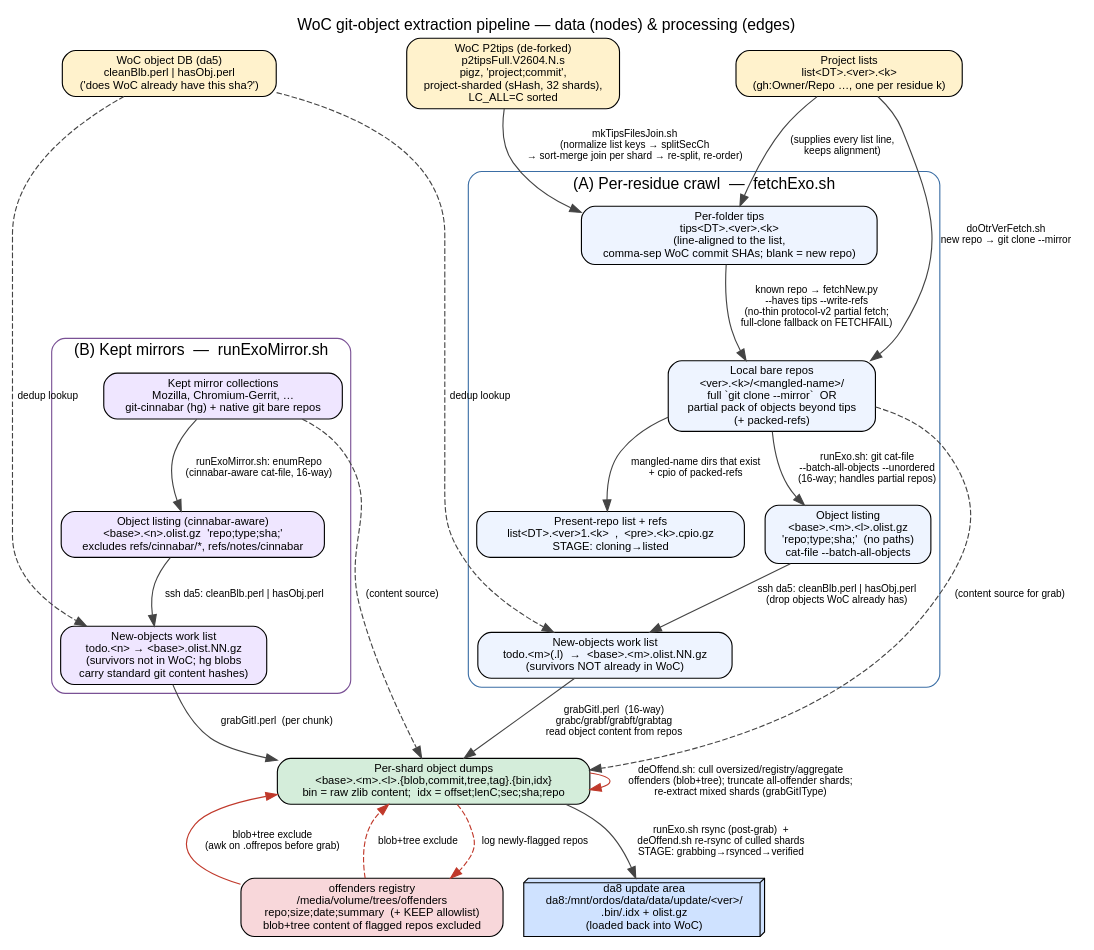
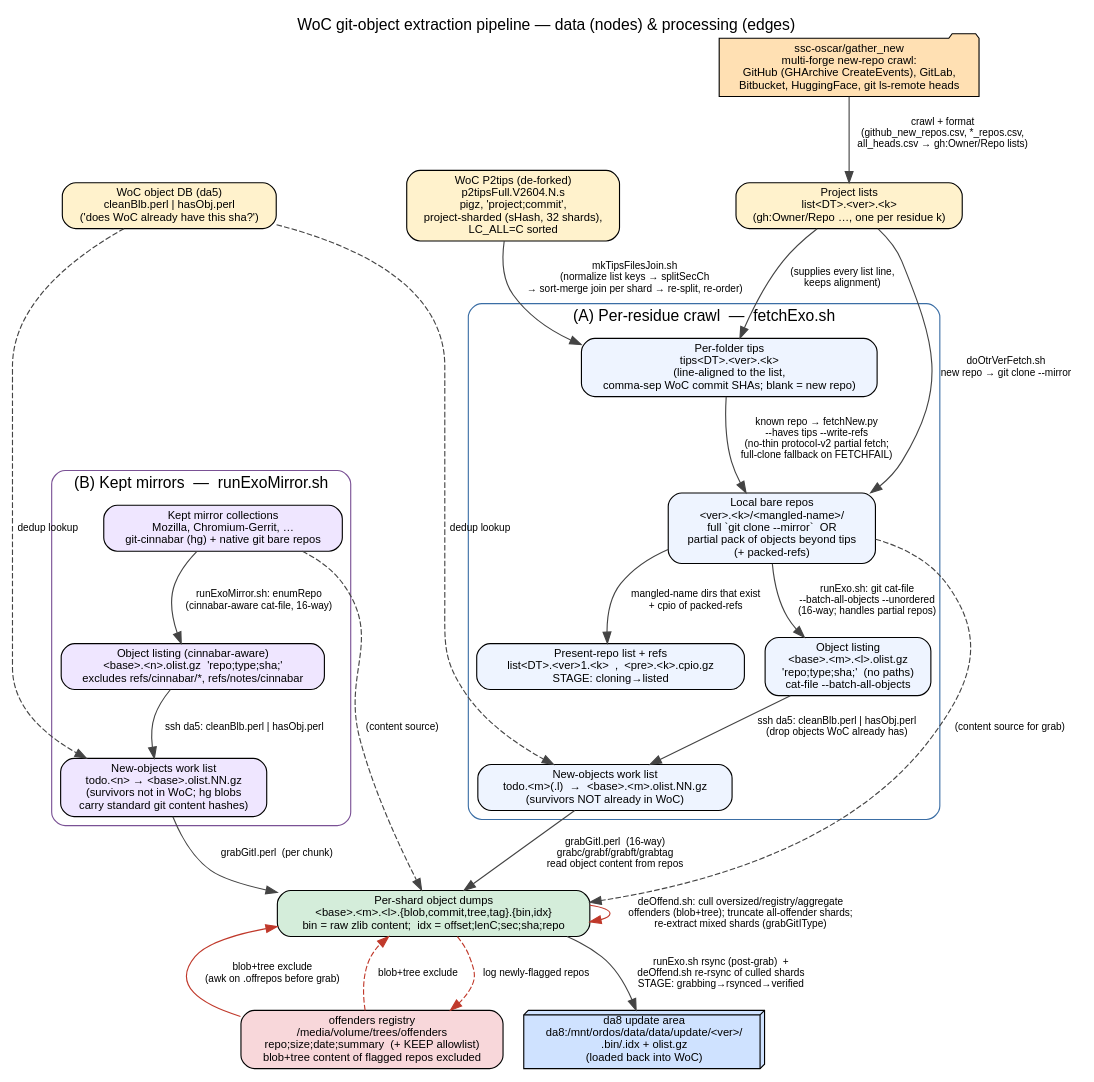
Before and after one commit to ssc-oscar/libgit2-woc: the diagram in woc/pipeline.dot, drawn with Graphviz. The commit also changed 3 other files, not shown here.

First line of the commit message:
woc/PIPELINE: attribute project lists to ssc-oscar/gather_new

```diff
--- a/woc/pipeline.dot
+++ b/woc/pipeline.dot
@@ -1,109 +1,114 @@
 // WoC git-object-extraction pipeline (Jetstream2)
 // NODES = data artifacts (boxes).  EDGES = processing steps (labelled with the
 // script / tool that consumes the source node and produces the target node).
 //
 // Two ingest fronts feed the same sink (da8 update area, which is loaded back
 // into WoC):
 //   (A) per-residue web crawl     : fetchExo.sh  = doOtrVerFetch.sh + runExo.sh
 //   (B) kept large mirrors (hg+git): runExoMirror.sh  (Mozilla, Chromium-Gerrit)
 //
 // Render:  dot -Tpng pipeline.dot -o pipeline.png   (or -Tsvg)
 
 digraph WoC_pipeline {
   rankdir=TB;
   labelloc="t";
   fontname="Helvetica";
   label="WoC git-object extraction pipeline — data (nodes) & processing (edges)";
   node  [shape=box, style="rounded,filled", fontname="Helvetica", fontsize=10, fillcolor="#eef4ff"];
   edge  [fontname="Helvetica", fontsize=9, color="#444444"];
 
   // ---------------------------------------------------------------- external/upstream WoC data
   subgraph cluster_woc {
     label="Upstream WoC data (read-only inputs)";
     style="rounded,dashed"; color="#888888"; fontname="Helvetica";
     node [fillcolor="#fff2cc"];
 
     P2tips   [label="WoC P2tips (de-forked)\np2tipsFull.V2604.N.s\npigz, 'project;commit',\nproject-sharded (sHash, 32 shards),\nLC_ALL=C sorted"];
     ProjList [label="Project lists\nlist<DT>.<ver>.<k>\n(gh:Owner/Repo …, one per residue k)"];
     WoCDB    [label="WoC object DB (da5)\ncleanBlb.perl | hasObj.perl\n('does WoC already have this sha?')"];
   }
+
+  // ---------------------------------------------------------------- list provenance (separate repo)
+  GatherNew [label="ssc-oscar/gather_new\nmulti-forge new-repo crawl:\nGitHub (GHArchive CreateEvents), GitLab,\nBitbucket, HuggingFace, git ls-remote heads",
+             shape=folder, fillcolor="#ffe0b3"];
+  GatherNew -> ProjList [label="crawl + format\n(github_new_repos.csv, *_repos.csv,\nall_heads.csv → gh:Owner/Repo lists)"];
 
   // ---------------------------------------------------------------- offenders registry (read+write)
   Offenders [label="offenders registry\n/media/volume/trees/offenders\nrepo;size;date;summary  (+ KEEP allowlist)\nblob+tree content of flagged repos excluded",
              fillcolor="#f8d7da"];
 
   // ================================================================ FRONT A: per-residue crawl
   subgraph cluster_A {
     label="(A) Per-residue crawl  —  fetchExo.sh";
     style="rounded"; color="#3b6ea5"; fontname="Helvetica";
 
     // ---- tips alignment
     TipsFiles [label="Per-folder tips\ntips<DT>.<ver>.<k>\n(line-aligned to the list,\ncomma-sep WoC commit SHAs; blank = new repo)"];
 
     // ---- local clones / partial fetches
     LocalRepos [label="Local bare repos\n<ver>.<k>/<mangled-name>/\nfull `git clone --mirror`  OR\npartial pack of objects beyond tips\n(+ packed-refs)"];
     PresentList [label="Present-repo list + refs\nlist<DT>.<ver>1.<k>  ,  <pre>.<k>.cpio.gz\nSTAGE: cloning→listed"];
 
     // ---- enumerate & dedup
     Olist [label="Object listing\n<base>.<m>.<l>.olist.gz\n'repo;type;sha;'  (no paths)\ncat-file --batch-all-objects"];
     Todo  [label="New-objects work list\ntodo.<m>(.l)  →  <base>.<m>.olist.NN.gz\n(survivors NOT already in WoC)"];
   }
 
   // ================================================================ FRONT B: kept mirrors
   subgraph cluster_B {
     label="(B) Kept mirrors  —  runExoMirror.sh";
     style="rounded"; color="#7a5195"; fontname="Helvetica";
     node [fillcolor="#efe6ff"];
 
     MirrorColl [label="Kept mirror collections\nMozilla, Chromium-Gerrit, …\ngit-cinnabar (hg) + native git bare repos"];
     OlistM [label="Object listing (cinnabar-aware)\n<base>.<n>.olist.gz  'repo;type;sha;'\nexcludes refs/cinnabar/*, refs/notes/cinnabar"];
     TodoM  [label="New-objects work list\ntodo.<n> → <base>.olist.NN.gz\n(survivors not in WoC; hg blobs\ncarry standard git content hashes)"];
   }
 
   // ---------------------------------------------------------------- shared dump + sink
   Dumps [label="Per-shard object dumps\n<base>.<m>.<l>.{blob,commit,tree,tag}.{bin,idx}\nbin = raw zlib content;  idx = offset;lenC;sec;sha;repo",
          fillcolor="#d4edda"];
 
   Da8 [label="da8 update area\nda8:/mnt/ordos/data/data/update/<ver>/\n.bin/.idx + olist.gz\n(loaded back into WoC)",
        shape=box3d, fillcolor="#cfe2ff"];
 
   // ================================================================ EDGES = processing
   // --- tips alignment
   P2tips   -> TipsFiles [label="mkTipsFilesJoin.sh\n(normalize list keys → splitSecCh\n→ sort-merge join per shard → re-split, re-order)"];
   ProjList -> TipsFiles [label="(supplies every list line,\nkeeps alignment)"];
 
   // --- clone / partial fetch  (doOtrVerFetch.sh)
   ProjList   -> LocalRepos [label="doOtrVerFetch.sh\nnew repo → git clone --mirror"];
   TipsFiles  -> LocalRepos [label="known repo → fetchNew.py\n--haves tips --write-refs\n(no-thin protocol-v2 partial fetch;\nfull-clone fallback on FETCHFAIL)"];
   LocalRepos -> PresentList [label="mangled-name dirs that exist\n+ cpio of packed-refs"];
 
   // --- enumerate (runExo.sh)
   LocalRepos -> Olist [label="runExo.sh: git cat-file\n--batch-all-objects --unordered\n(16-way; handles partial repos)"];
 
   // --- WoC dedup
   Olist -> Todo [label="ssh da5: cleanBlb.perl | hasObj.perl\n(drop objects WoC already has)"];
   WoCDB -> Todo [label="dedup lookup", style=dashed];
 
   // --- grab / dump (runExo.sh → grabGitI.perl → C grabc/grabf/grabft/grabtag)
   Todo       -> Dumps [label="grabGitI.perl  (16-way)\ngrabc/grabf/grabft/grabtag\nread object content from repos"];
   LocalRepos -> Dumps [label="(content source for grab)", style=dashed];
   Offenders  -> Dumps [label="blob+tree exclude\n(awk on .offrepos before grab)", color="#c0392b"];
 
   // --- de-offend
   Dumps     -> Dumps     [label="deOffend.sh: cull oversized/registry/aggregate\noffenders (blob+tree); truncate all-offender shards;\nre-extract mixed shards (grabGitIType)", color="#c0392b"];
   Dumps     -> Offenders [label="log newly-flagged repos", color="#c0392b", style=dashed];
 
   // --- rsync to sink
   Dumps -> Da8 [label="runExo.sh rsync (post-grab)  +\ndeOffend.sh re-rsync of culled shards\nSTAGE: grabbing→rsynced→verified"];
 
   // === FRONT B edges ===
   MirrorColl -> OlistM [label="runExoMirror.sh: enumRepo\n(cinnabar-aware cat-file, 16-way)"];
   OlistM -> TodoM [label="ssh da5: cleanBlb.perl | hasObj.perl"];
   WoCDB  -> TodoM [label="dedup lookup", style=dashed];
   TodoM  -> Dumps [label="grabGitI.perl  (per chunk)"];
   Offenders -> Dumps [label="blob+tree exclude", color="#c0392b", style=dashed];
   MirrorColl -> Dumps [label="(content source)", style=dashed];
 
   // keep upstream sources at top
   { rank=same; P2tips; ProjList; WoCDB; }
 }
```
